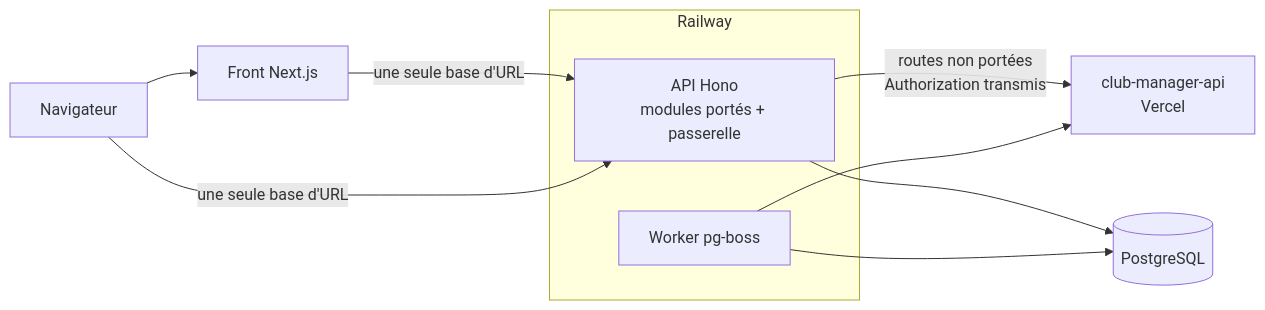
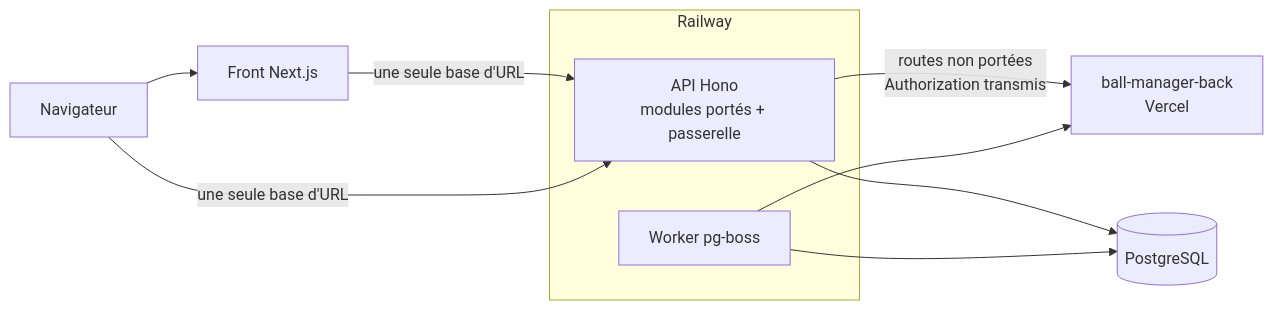
One commit to anisfut1/SCSB changed the second of 6 diagrams in docs/migration/05-architecture-cible.md. Above: the diagram before and after it, drawn with Mermaid. The commit also changed other lines of this file and 125 other files, not shown here.

First line of the commit message:
chore: renommage SCSB → ball-manager-web, club-manager-api → ball-manager-back

````diff
--- a/docs/migration/05-architecture-cible.md
+++ b/docs/migration/05-architecture-cible.md
@@ -51,14 +51,14 @@
 ```mermaid
 flowchart LR
   U[Navigateur] --> F["Front Next.js"]
   F -->|"une seule base d'URL"| G
   U -->|"une seule base d'URL"| G
   subgraph Railway
     G["API Hono<br/>modules portés + passerelle"]
     W["Worker pg-boss"]
   end
-  G -->|"routes non portées<br/>Authorization transmis"| L["club-manager-api<br/>Vercel"]
+  G -->|"routes non portées<br/>Authorization transmis"| L["ball-manager-back<br/>Vercel"]
   G --> DB[(PostgreSQL)]
   W --> DB
   W --> L
 ```
````
